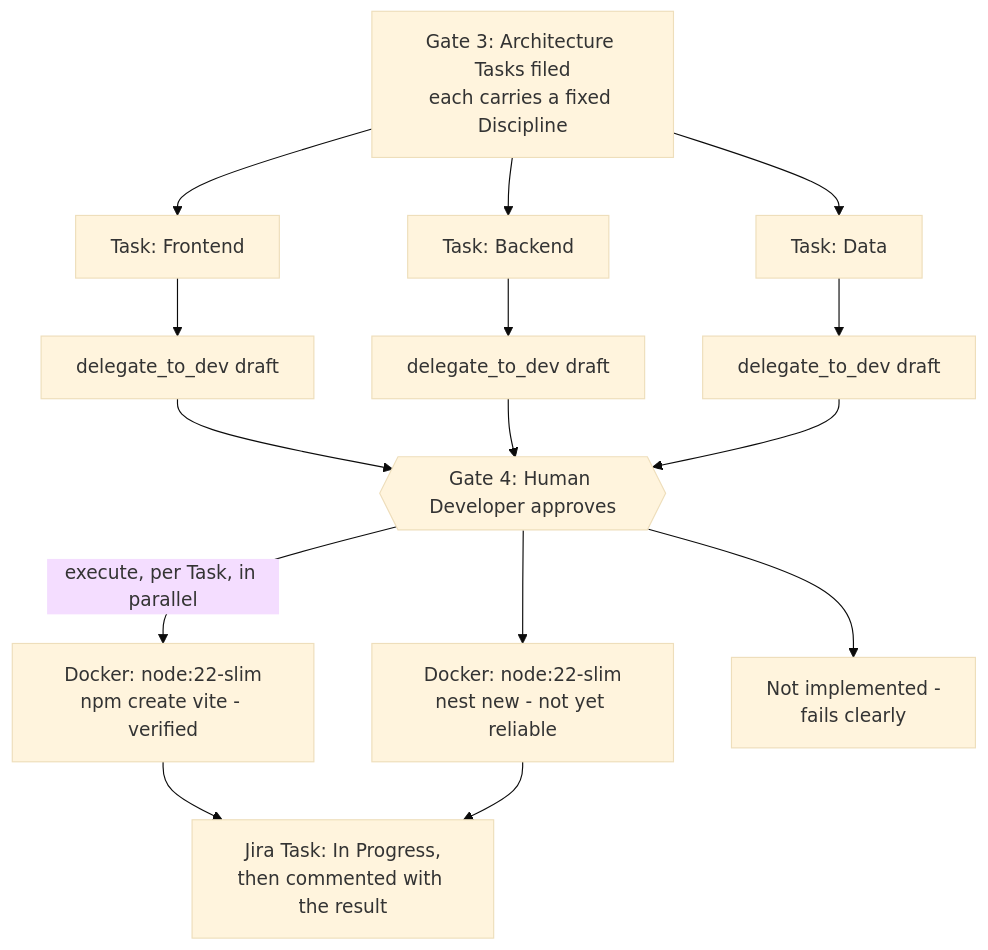
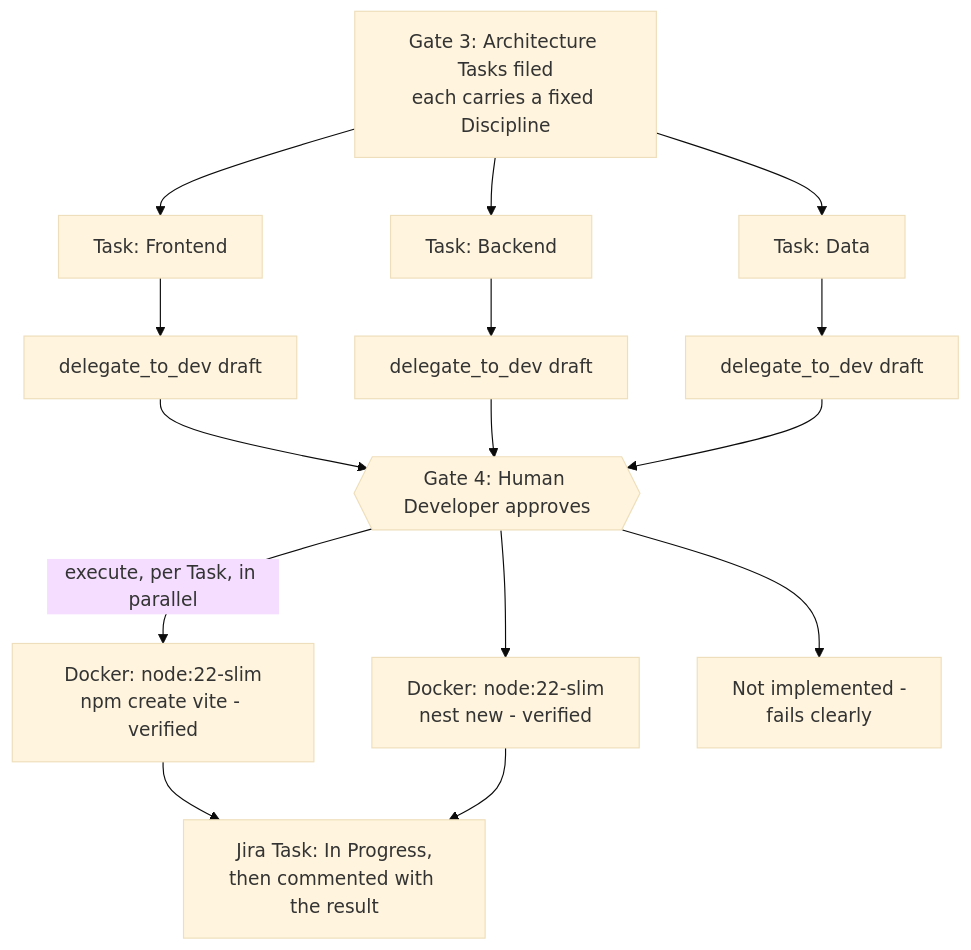
The eighth of 11 diagrams in docs/ARCHITECTURE.md (HasithaErandika/aura), drawn with Mermaid (base theme) before and after one commit. The commit also changed other lines of this file and 9 other files, not shown here.

````diff
--- a/docs/ARCHITECTURE.md
+++ b/docs/ARCHITECTURE.md
@@ -506,17 +506,17 @@
 ```mermaid
 flowchart TD
     A3[Gate 3: Architecture Tasks filed<br/>each carries a fixed Discipline] --> FE[Task: Frontend]
     A3 --> BE[Task: Backend]
     A3 --> DA[Task: Data]
     FE --> DFE[delegate_to_dev draft]
     BE --> DBE[delegate_to_dev draft]
     DA --> DDA[delegate_to_dev draft]
     DFE --> G4{{Gate 4: Human Developer approves}}
     DBE --> G4
     DDA --> G4
     G4 -->|execute, per Task, in parallel| SFE[Docker: node:22-slim<br/>npm create vite - verified]
-    G4 --> SBE[Docker: node:22-slim<br/>nest new - not yet reliable]
+    G4 --> SBE[Docker: node:22-slim<br/>nest new - verified]
     G4 --> SDA[Not implemented -<br/>fails clearly]
     SFE --> J[Jira Task: In Progress,<br/>then commented with the result]
     SBE --> J
 ```
````
